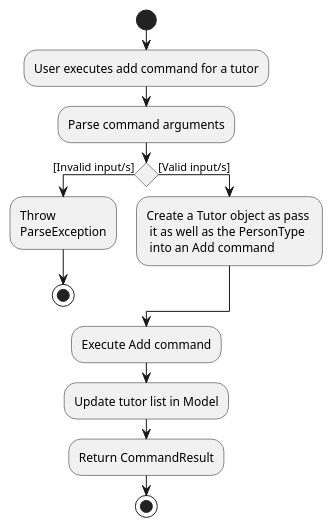
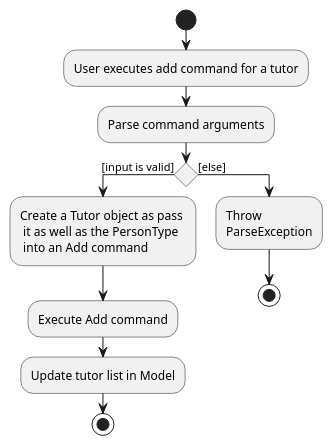
The diagram in docs/diagrams/AddCommandActivityDiagram.puml (tenebrius1/tp), drawn with PlantUML before and after one commit. The commit also changed 8 other files, not shown here.

```diff
--- a/docs/diagrams/AddCommandActivityDiagram.puml
+++ b/docs/diagrams/AddCommandActivityDiagram.puml
@@ -1,17 +1,14 @@
 @startuml
 start
 :User executes add command for a tutor;
 :Parse command arguments;
 
-if () then ([Invalid input/s])
-    :Throw \nParseException;
-    stop
-else ([Valid input/s])
-    :Create a Tutor object as pass \n it as well as the PersonType \n into an Add command;
-
-endif
+if () then ([input is valid])
+:Create a Tutor object as pass \n it as well as the PersonType \n into an Add command;
     :Execute Add command;
     :Update tutor list in Model;
-    :Return CommandResult;
+    stop
+else ([else])
+:Throw \nParseException;
 stop
 @enduml
```
